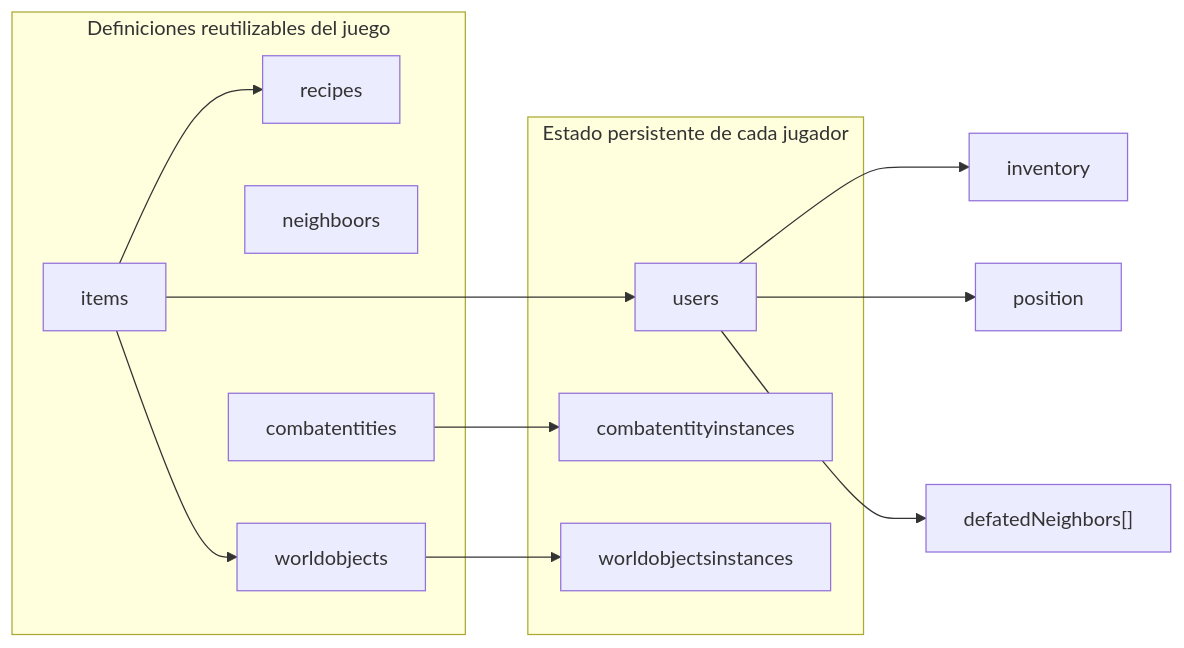
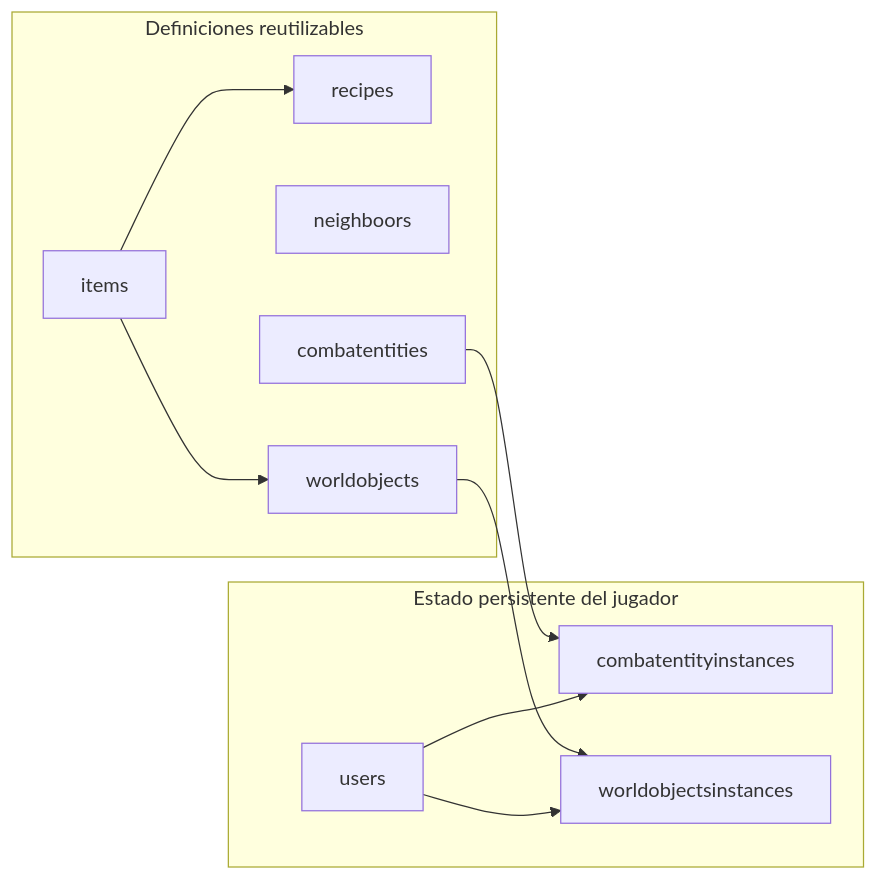
One commit to corralwars/CorralWarsBackend changed the fourth of 4 diagrams in docs/database.md. Above: the diagram before and after it, drawn with Mermaid. The commit also changed other lines of this file, not shown here.

Commit message:
refactor: restructure database flowcharts for improved clarity and organization

````diff
--- a/docs/database.md
+++ b/docs/database.md
@@ -1339,26 +1273,23 @@
 ```mermaid
 flowchart LR
-    subgraph Definiciones["Definiciones reutilizables del juego"]
+    subgraph Definiciones["Definiciones reutilizables"]
         Items["items"]
         Recipes["recipes"]
         Neighbors["neighboors"]
         CombatEntities["combatentities"]
         WorldObjects["worldobjects"]
     end
 
-    subgraph EstadoJugador["Estado persistente de cada jugador"]
+    subgraph Estado["Estado persistente del jugador"]
         Users["users"]
         CombatInstances["combatentityinstances"]
         WorldInstances["worldobjectsinstances"]
     end
 
-    Users --> Inventory["inventory"]
-    Users --> Position["position"]
-    Users --> Defeated["defatedNeighbors[]"]
-
+    Items --> Recipes
+    Items --> WorldObjects
     CombatEntities --> CombatInstances
     WorldObjects --> WorldInstances
-    Items --> Recipes
-    Items --> WorldObjects
-    Items --> Users
+    Users --> CombatInstances
+    Users --> WorldInstances
 ```
````
